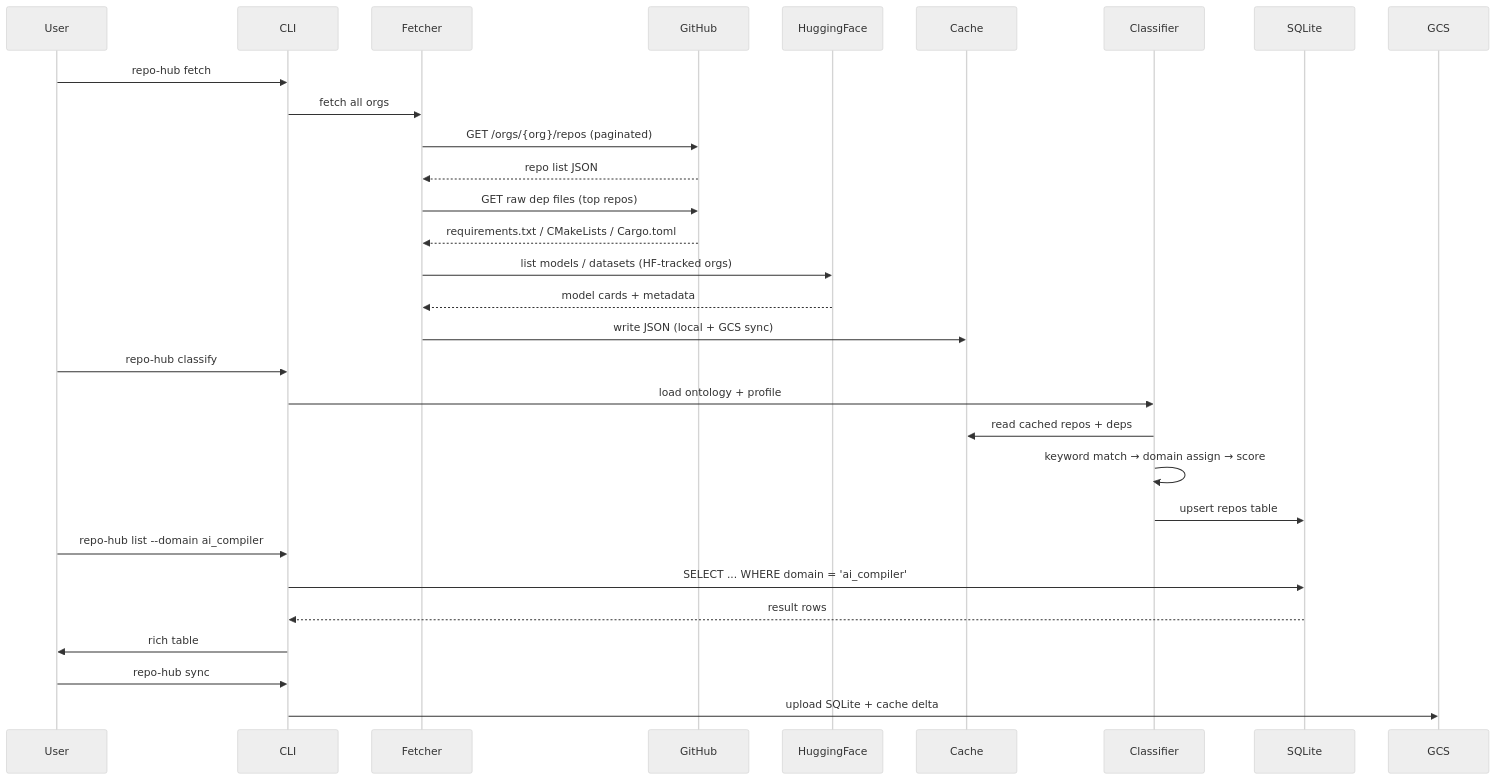
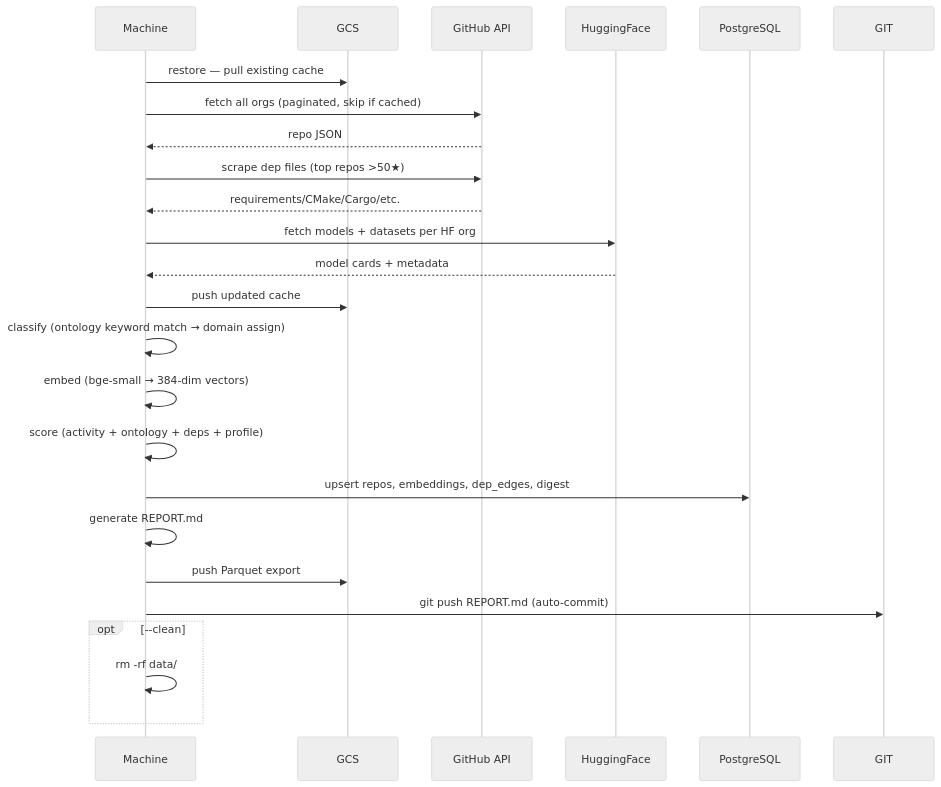
One commit to rajaghv-dev/repo-hub changed the second of 2 diagrams in docs/ARCHITECTURE.md. Above: the diagram before and after it, drawn with Mermaid (neutral theme). The commit also changed other lines of this file and 3 other files, not shown here.

First line of the commit message:
Arch: ephemeral compute model, PostgreSQL primary, GCS blob store

````diff
--- a/docs/ARCHITECTURE.md
+++ b/docs/ARCHITECTURE.md
@@ -63,36 +80,30 @@
 ```mermaid
 sequenceDiagram
-    participant User
-    participant CLI
-    participant Fetcher
-    participant GitHub
-    participant HuggingFace
-    participant Cache
-    participant Classifier
-    participant SQLite
+    participant M as Machine
     participant GCS
+    participant GH as GitHub API
+    participant HF as HuggingFace
+    participant PG as PostgreSQL
 
-    User->>CLI: repo-hub fetch
-    CLI->>Fetcher: fetch all orgs
-    Fetcher->>GitHub: GET /orgs/{org}/repos (paginated)
-    GitHub-->>Fetcher: repo list JSON
-    Fetcher->>GitHub: GET raw dep files (top repos)
-    GitHub-->>Fetcher: requirements.txt / CMakeLists / Cargo.toml
-    Fetcher->>HuggingFace: list models / datasets (HF-tracked orgs)
-    HuggingFace-->>Fetcher: model cards + metadata
-    Fetcher->>Cache: write JSON (local + GCS sync)
+    M->>GCS: restore — pull existing cache
+    M->>GH: fetch all orgs (paginated, skip if cached)
+    GH-->>M: repo JSON
+    M->>GH: scrape dep files (top repos >50★)
+    GH-->>M: requirements/CMake/Cargo/etc.
+    M->>HF: fetch models + datasets per HF org
+    HF-->>M: model cards + metadata
+    M->>GCS: push updated cache
 
-    User->>CLI: repo-hub classify
-    CLI->>Classifier: load ontology + profile
-    Classifier->>Cache: read cached repos + deps
-    Classifier->>Classifier: keyword match → domain assign → score
-    Classifier->>SQLite: upsert repos table
+    M->>M: classify (ontology keyword match → domain assign)
+    M->>M: embed (bge-small → 384-dim vectors)
+    M->>M: score (activity + ontology + deps + profile)
+    M->>PG: upsert repos, embeddings, dep_edges, digest
 
-    User->>CLI: repo-hub list --domain ai_compiler
-    CLI->>SQLite: SELECT ... WHERE domain = 'ai_compiler'
-    SQLite-->>CLI: result rows
-    CLI->>User: rich table
+    M->>M: generate REPORT.md
+    M->>GCS: push Parquet export
+    M->>GIT: git push REPORT.md (auto-commit)
 
-    User->>CLI: repo-hub sync
-    CLI->>GCS: upload SQLite + cache delta
+    opt --clean
+        M->>M: rm -rf data/
+    end
 ```
````
